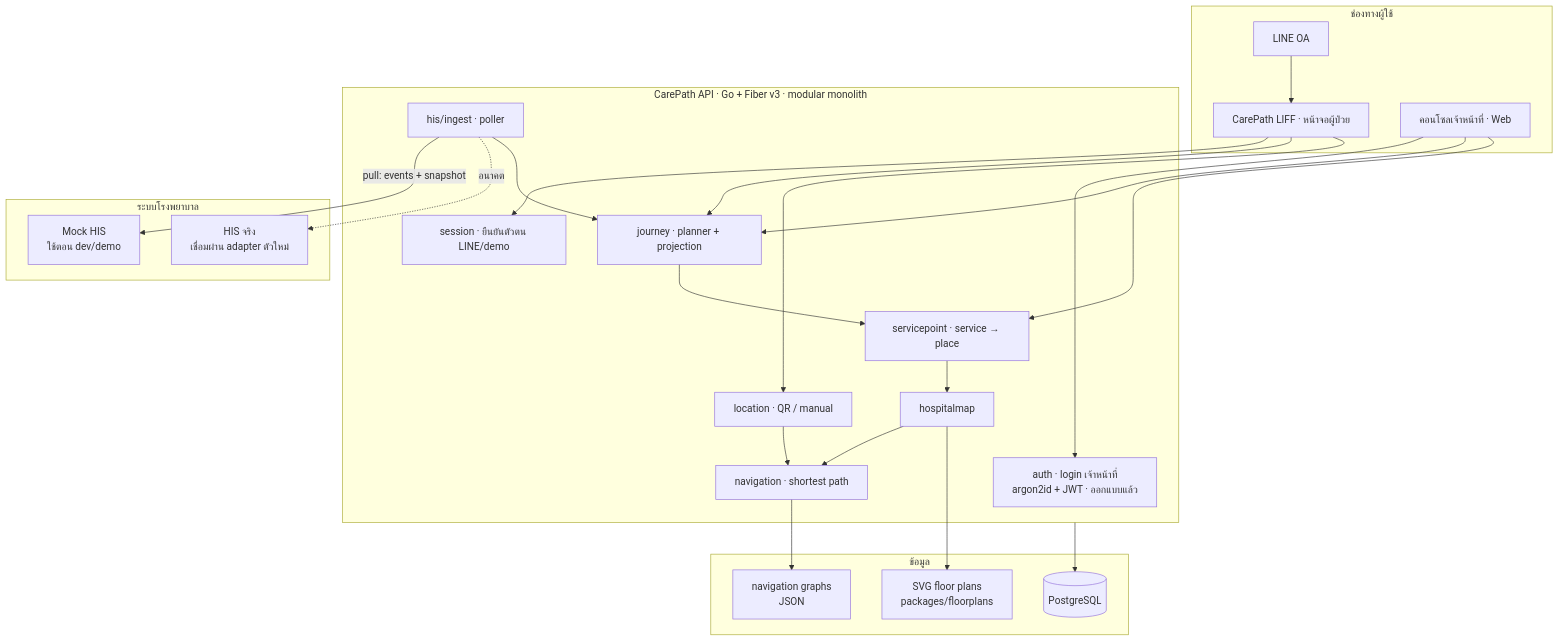
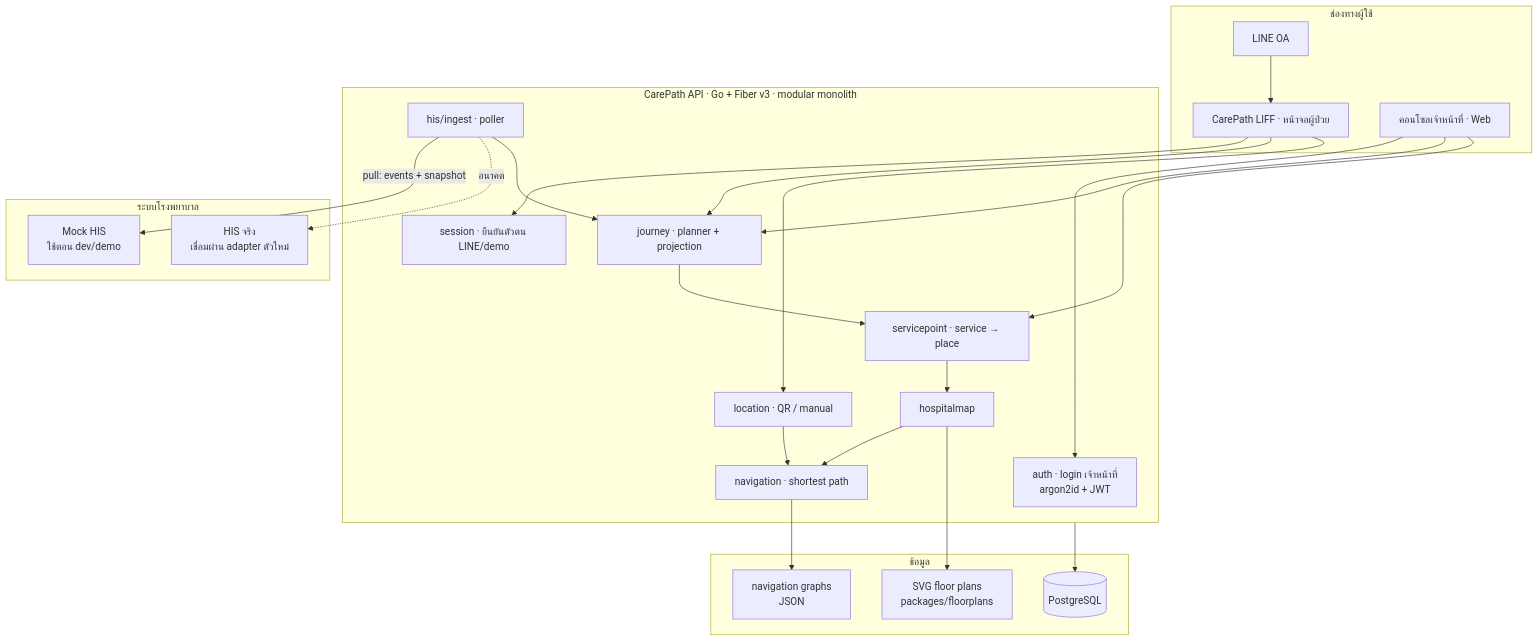
One commit to somprasongd/carepath changed the first of 9 diagrams in README.md. Above: the diagram before and after it, drawn with Mermaid. The commit also changed other lines of this file and 46 other files, not shown here.

First line of the commit message:
Implement staff authentication (argon2id + JWT) per ADR-0010 (#43)

````diff
--- a/README.md
+++ b/README.md
@@ -72,46 +72,46 @@
 ```mermaid
 flowchart TB
     subgraph CH["ช่องทางผู้ใช้"]
       LINE["LINE OA"] --> LIFF["CarePath LIFF · หน้าจอผู้ป่วย"]
       STAFF["คอนโซลเจ้าหน้าที่ · Web"]
     end
 
     subgraph APP["CarePath API · Go + Fiber v3 · modular monolith"]
-      AUTH["auth · login เจ้าหน้าที่<br/>argon2id + JWT · ออกแบบแล้ว"]
+      AUTH["auth · login เจ้าหน้าที่<br/>argon2id + JWT"]
       SESSION["session · ยืนยันตัวตน LINE/demo"]
       JOURNEY["journey · planner + projection"]
       SP["servicepoint · service → place"]
       MAP["hospitalmap"]
       NAV["navigation · shortest path"]
       LOC["location · QR / manual"]
       INGEST["his/ingest · poller"]
     end
 
     subgraph DATA["ข้อมูล"]
       PG[("PostgreSQL")]
       SVG["SVG floor plans<br/>packages/floorplans"]
       GRAPH["navigation graphs<br/>JSON"]
     end
 
     subgraph HISBOX["ระบบโรงพยาบาล"]
       MOCK["Mock HIS<br/>ใช้ตอน dev/demo"]
       REAL["HIS จริง<br/>เชื่อมผ่าน adapter ตัวใหม่"]
     end
 
     LIFF --> SESSION
     LIFF --> JOURNEY
     LIFF --> LOC
     STAFF --> AUTH
     STAFF --> JOURNEY
     STAFF --> SP
 
     JOURNEY --> SP --> MAP --> NAV
     LOC --> NAV
     APP --> PG
     MAP --> SVG
     NAV --> GRAPH
 
     INGEST -->|"pull: events + snapshot"| MOCK
     INGEST -.->|"อนาคต"| REAL
     INGEST --> JOURNEY
 ```
````
